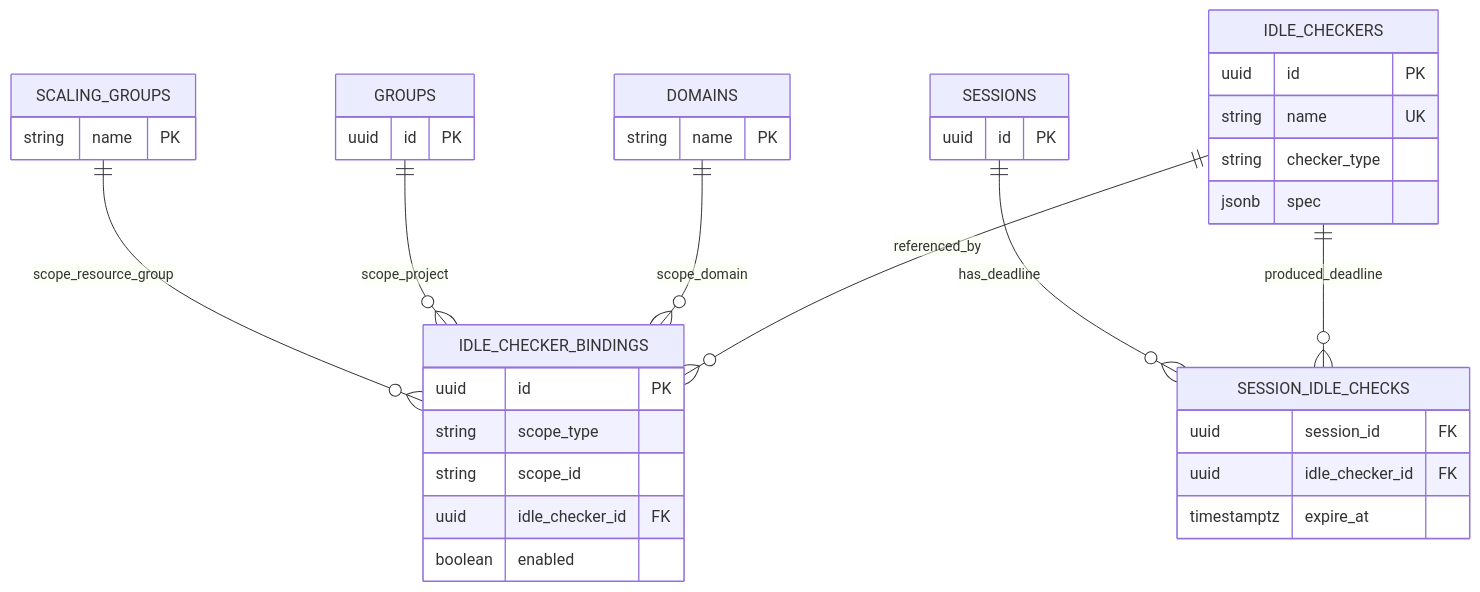
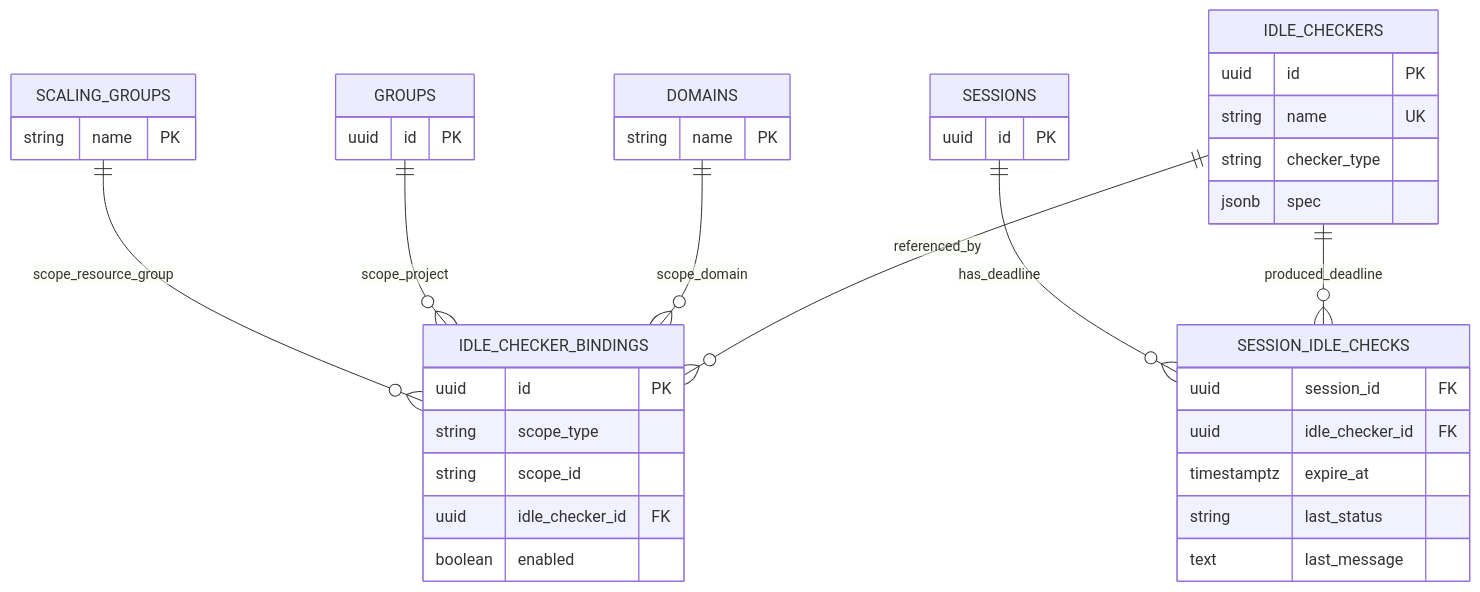
Before and after one commit to lablup/backend.ai: the first of 2 diagrams in proposals/BEP-1054-reconciler-based-idle-checker.md, drawn with Mermaid. The commit also changed other lines of this file, not shown here.

````diff
--- a/proposals/BEP-1054-reconciler-based-idle-checker.md
+++ b/proposals/BEP-1054-reconciler-based-idle-checker.md
@@ -121,32 +124,34 @@
 ```mermaid
 erDiagram
     IDLE_CHECKERS {
         uuid id PK
         string name UK
         string checker_type
         jsonb spec
     }
     IDLE_CHECKER_BINDINGS {
         uuid id PK
         string scope_type
         string scope_id
         uuid idle_checker_id FK
         boolean enabled
     }
     SESSION_IDLE_CHECKS {
         uuid session_id FK
         uuid idle_checker_id FK
         timestamptz expire_at
+        string last_status
+        text last_message
     }
     DOMAINS { string name PK }
     GROUPS { uuid id PK }
     SCALING_GROUPS { string name PK }
     SESSIONS { uuid id PK }
 
     IDLE_CHECKERS ||--o{ IDLE_CHECKER_BINDINGS : referenced_by
     DOMAINS ||--o{ IDLE_CHECKER_BINDINGS : scope_domain
     GROUPS ||--o{ IDLE_CHECKER_BINDINGS : scope_project
     SCALING_GROUPS ||--o{ IDLE_CHECKER_BINDINGS : scope_resource_group
     IDLE_CHECKERS ||--o{ SESSION_IDLE_CHECKS : produced_deadline
     SESSIONS ||--o{ SESSION_IDLE_CHECKS : has_deadline
 ```
````
